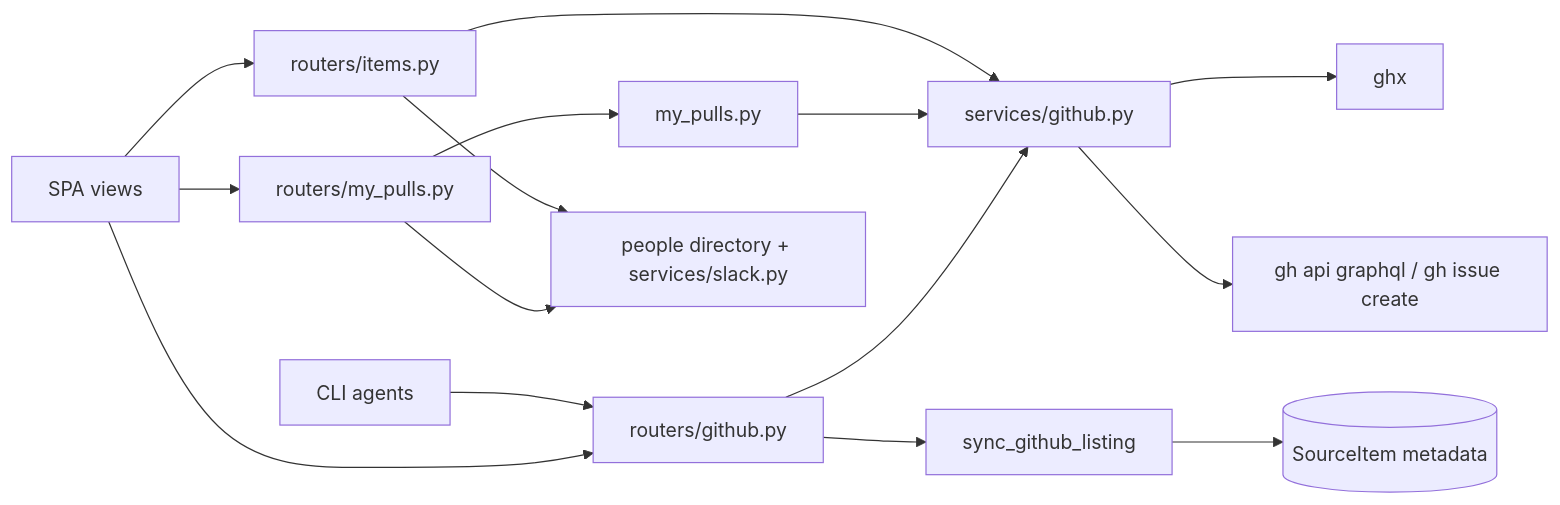
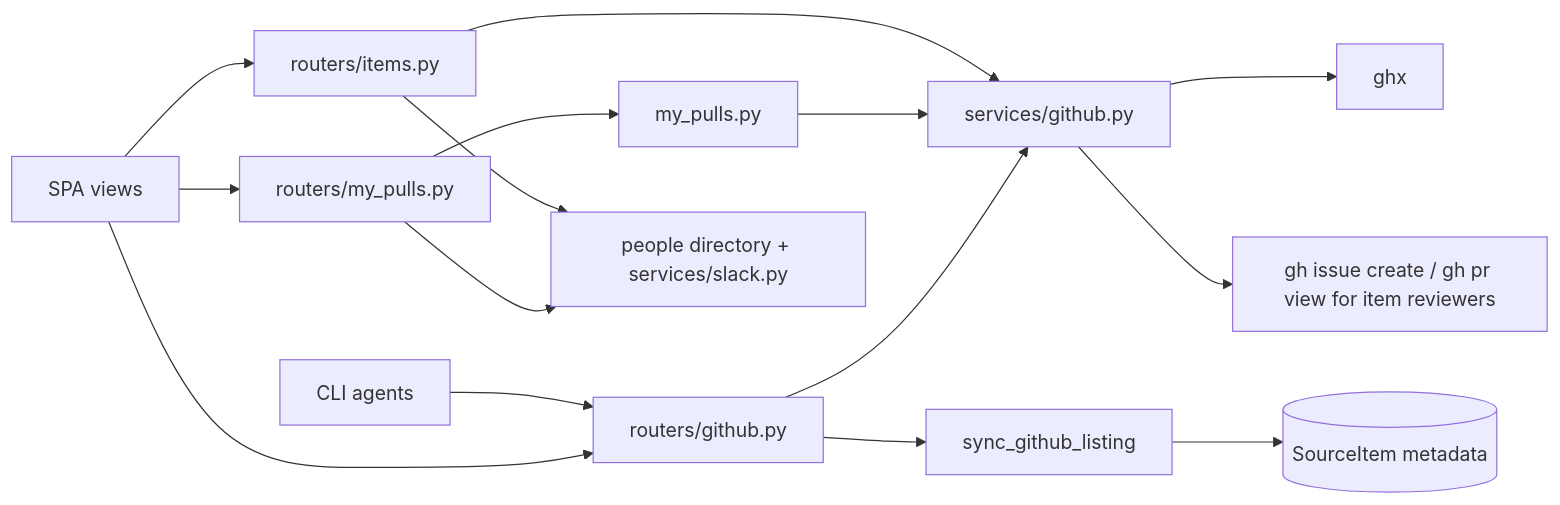
One commit to TomzxCode/agentic changed the first of 4 diagrams in .sdlc/features/p24-github-integration/specification.md. Above: the diagram before and after it, drawn with Mermaid. The commit also changed other lines of this file and 22 other files, not shown here.

````diff
--- a/.sdlc/features/p24-github-integration/specification.md
+++ b/.sdlc/features/p24-github-integration/specification.md
@@ -19,17 +19,17 @@
 ```mermaid
 flowchart LR
     SPA[SPA views] --> RG[routers/github.py]
     SPA --> RM[routers/my_pulls.py]
     SPA --> RI[routers/items.py]
     CLI[CLI agents] --> RG
     RG --> S[services/github.py]
     RM --> MP[my_pulls.py]
     MP --> S
     RI --> S
     S --> GHX[ghx]
-    S --> GH[gh api graphql / gh issue create]
+    S --> GH[gh issue create / gh pr view for item reviewers]
     RM --> P[people directory + services/slack.py]
     RI --> P
     RG --> SYNC[sync_github_listing]
     SYNC --> DB[(SourceItem metadata)]
 ```
````
